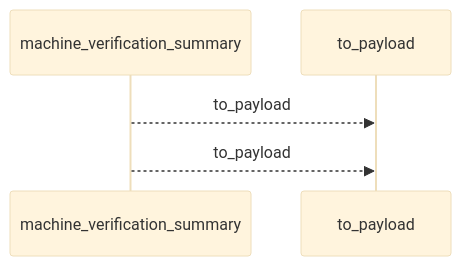
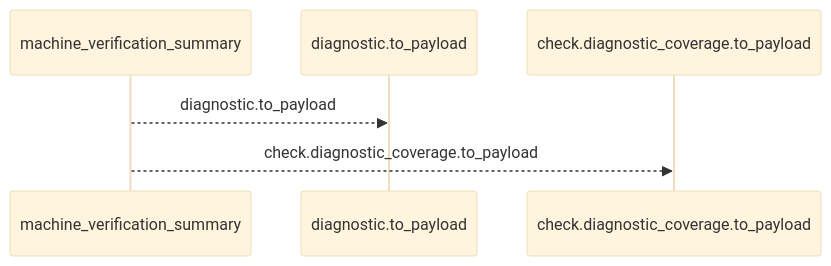
One commit to Denissvgn/python-wiki-llm changed the first of 2 diagrams in docs/llm_wiki/flows/api-machine_verification_summary.md. Above: the diagram before and after it, drawn with Mermaid (base theme). The commit also changed other lines of this file and 719 other files, not shown here.

````diff
--- a/docs/llm_wiki/flows/api-machine_verification_summary.md
+++ b/docs/llm_wiki/flows/api-machine_verification_summary.md
@@ -10,7 +10,8 @@
 ```mermaid
 sequenceDiagram
     participant p0 as machine_verification_summary
-    participant p1 as to_payload
-    p0-->>p1: to_payload
-    p0-->>p1: to_payload
+    participant p1 as diagnostic.to_payload
+    participant p2 as check.diagnostic_coverage.to_payload
+    p0-->>p1: diagnostic.to_payload
+    p0-->>p2: check.diagnostic_coverage.to_payload
 ```
````
